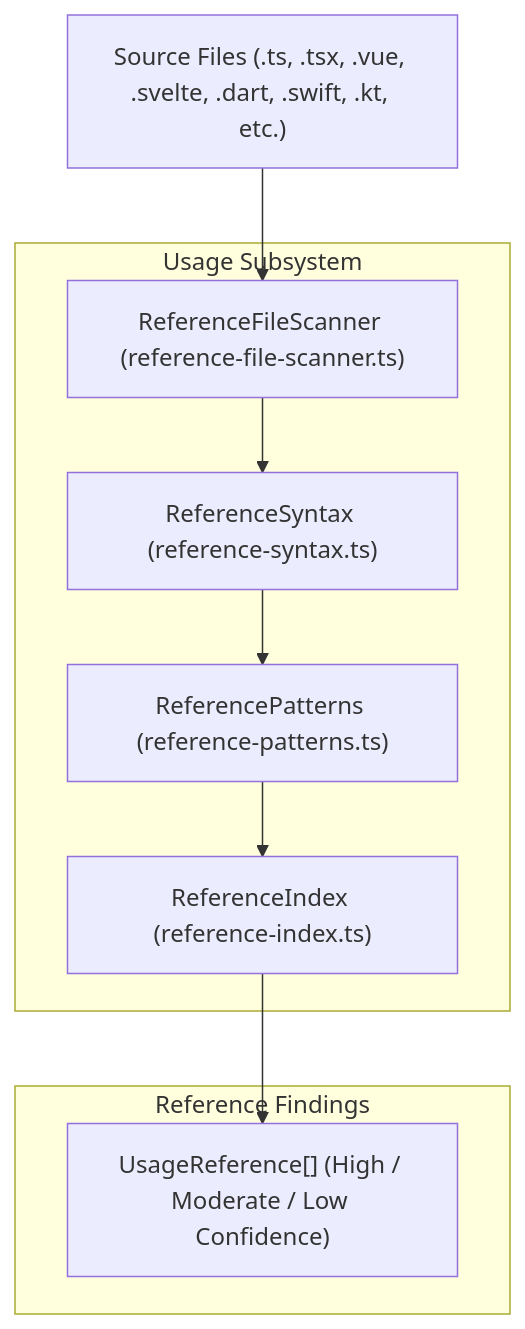
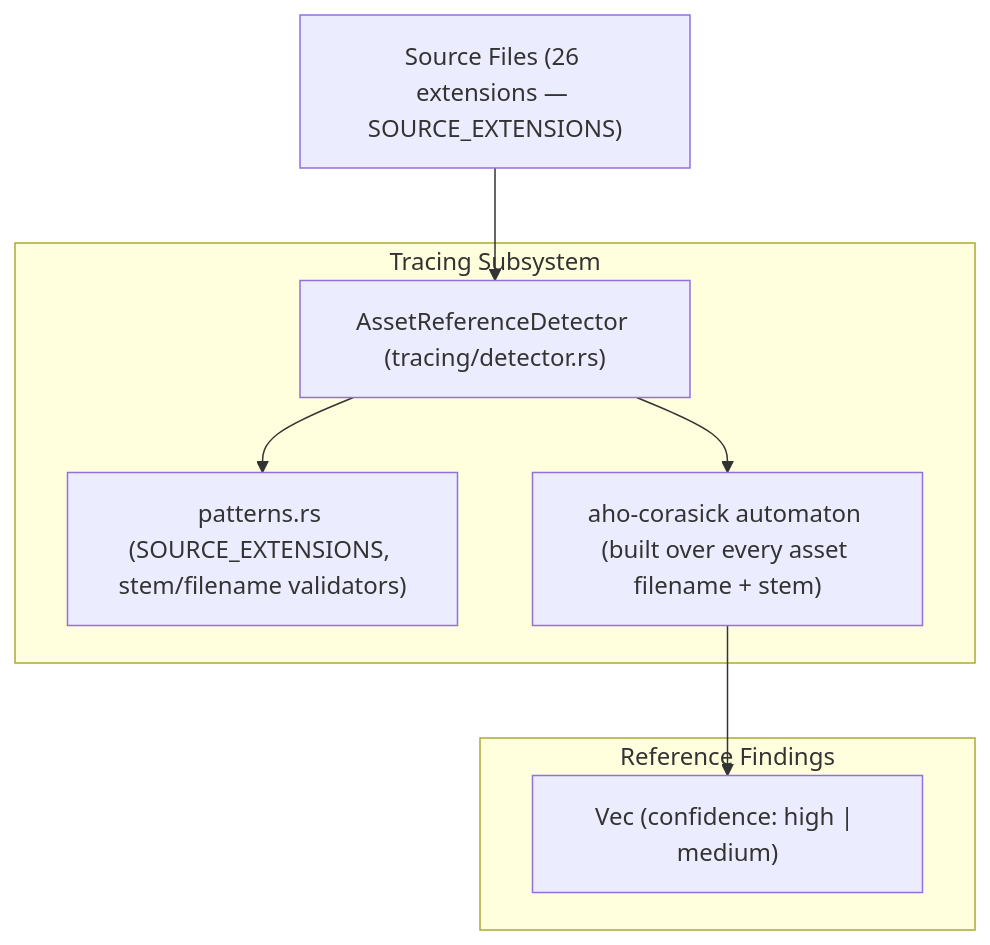
One commit to sxnnyside-project/animoria changed the diagram in docs/guides/04-reference-usage-analysis.md. Above: the diagram before and after it, drawn with Mermaid. The commit also changed other lines of this file and 466 other files, not shown here.

````diff
--- a/docs/guides/04-reference-usage-analysis.md
+++ b/docs/guides/04-reference-usage-analysis.md
@@ -16,21 +16,19 @@
 ```mermaid
 graph TD
-    WorkspaceFiles["Source Files (.ts, .tsx, .vue, .svelte, .dart, .swift, .kt, etc.)"]
-    
-    subgraph UsageEngine["Usage Subsystem"]
-        RefScanner["ReferenceFileScanner (reference-file-scanner.ts)"]
-        SyntaxRegistry["ReferenceSyntax (reference-syntax.ts)"]
-        PatternEngine["ReferencePatterns (reference-patterns.ts)"]
-        UsageIndex["ReferenceIndex (reference-index.ts)"]
+    WorkspaceFiles["Source Files (26 extensions — SOURCE_EXTENSIONS)"]
+
+    subgraph TracingEngine["Tracing Subsystem"]
+        Detector["AssetReferenceDetector (tracing/detector.rs)"]
+        Patterns["patterns.rs (SOURCE_EXTENSIONS, stem/filename validators)"]
+        AhoCorasick["aho-corasick automaton (built over every asset filename + stem)"]
     end
 
     subgraph Output["Reference Findings"]
-        RefResult["UsageReference[] (High / Moderate / Low Confidence)"]
+        RefResult["Vec<UsageReference> (confidence: high | medium)"]
     end
 
-    WorkspaceFiles --> RefScanner
-    RefScanner --> SyntaxRegistry
-    SyntaxRegistry --> PatternEngine
-    PatternEngine --> UsageIndex
-    UsageIndex --> RefResult
+    WorkspaceFiles --> Detector
+    Detector --> Patterns
+    Detector --> AhoCorasick
+    AhoCorasick --> RefResult
 ```
````
